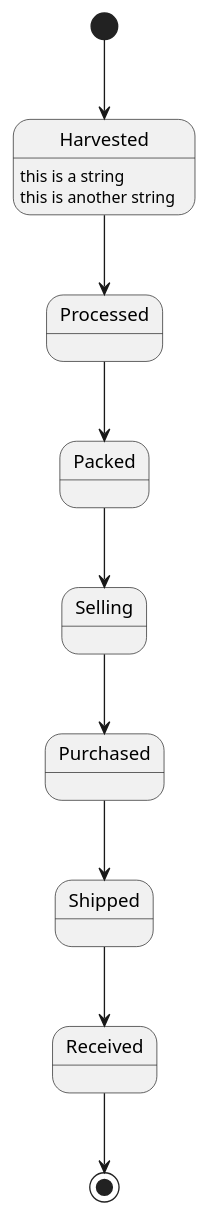
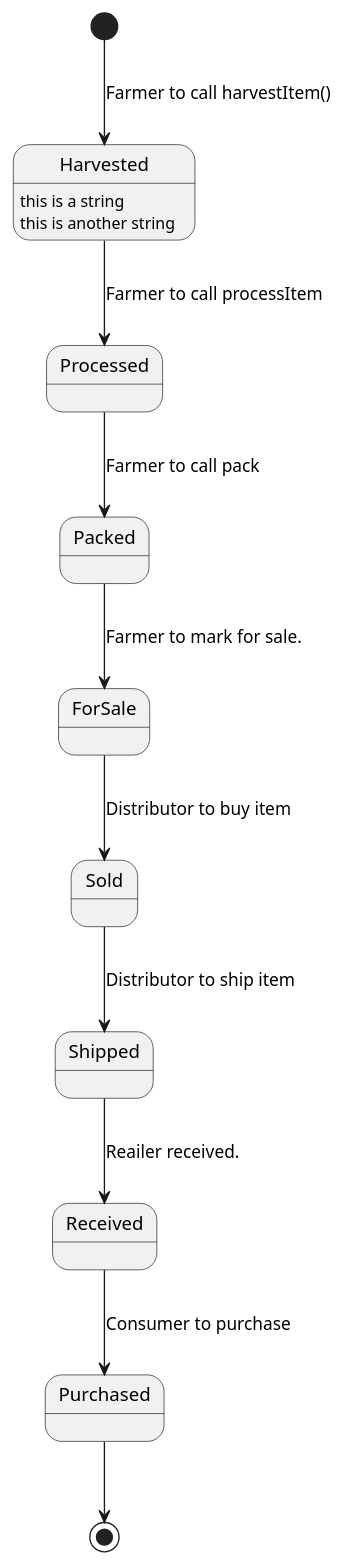
Before and after one commit to HajimeK/BlockchainDevND: the sixth of 6 diagrams in projects/project_6_Supply_Chain/Report.md, drawn with PlantUML. The commit also changed other lines of this file and 6 other files, not shown here.

````diff
--- a/projects/project_6_Supply_Chain/Report.md
+++ b/projects/project_6_Supply_Chain/Report.md
@@ -283,13 +283,15 @@
 ```plantuml
-[*] --> Harvested
+[*] -down-> Harvested : Farmer to call harvestItem()
+Harvested -down-> Processed : Farmer to call processItem
+Processed -down-> Packed : Farmer to call pack
+Packed -down-> ForSale : Farmer to mark for sale.
+ForSale -down-> Sold : Distributor to buy item
+Sold -down-> Shipped : Distributor to ship item
+Shipped -down-> Received : Reailer received.
+Received -down-> Purchased : Consumer to purchase
+Purchased -down-> [*]
+
+
 Harvested : this is a string
 Harvested : this is another string
-
-Harvested --> Processed
-Processed --> Packed
-Packed --> Selling
-Selling --> Purchased
-Purchased --> Shipped
-Shipped --> Received
-Received --> [*]
 ```
````
